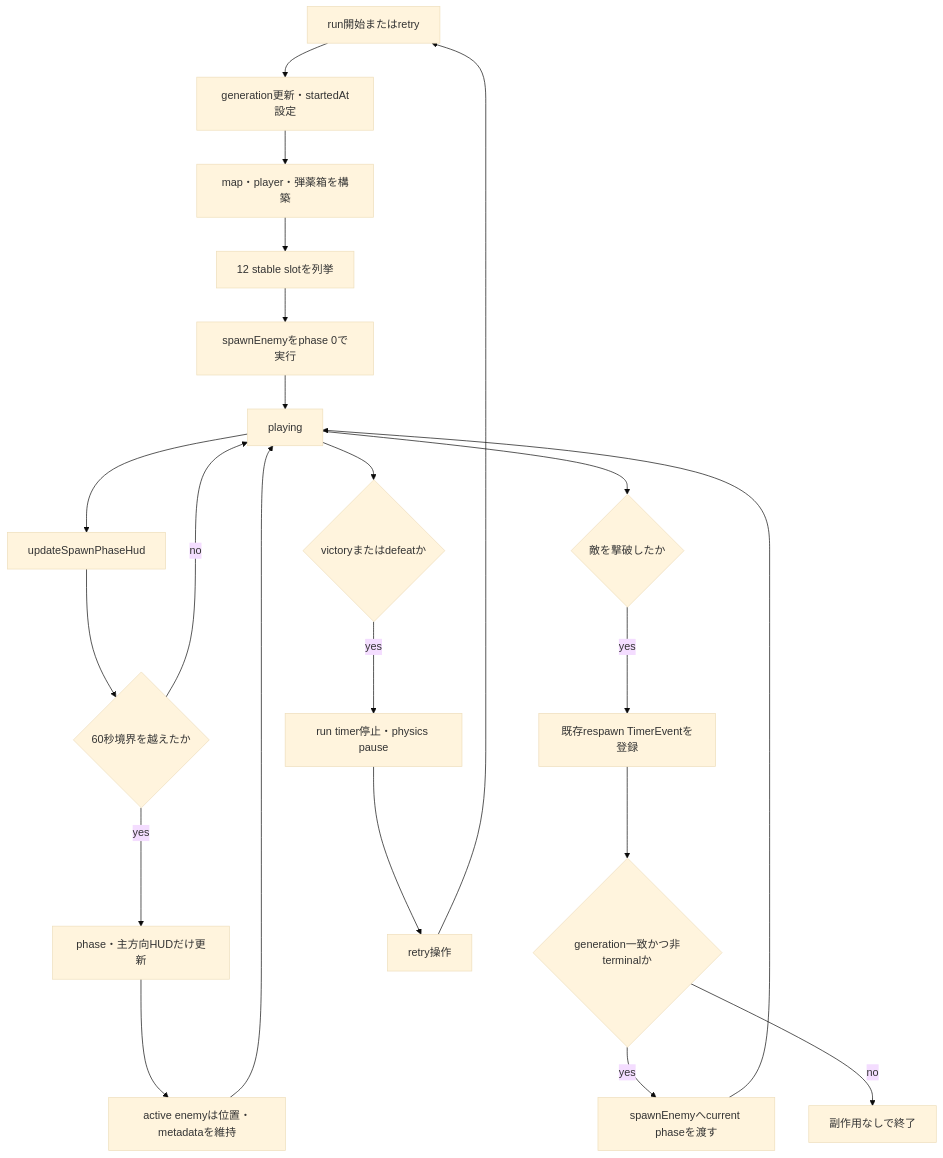
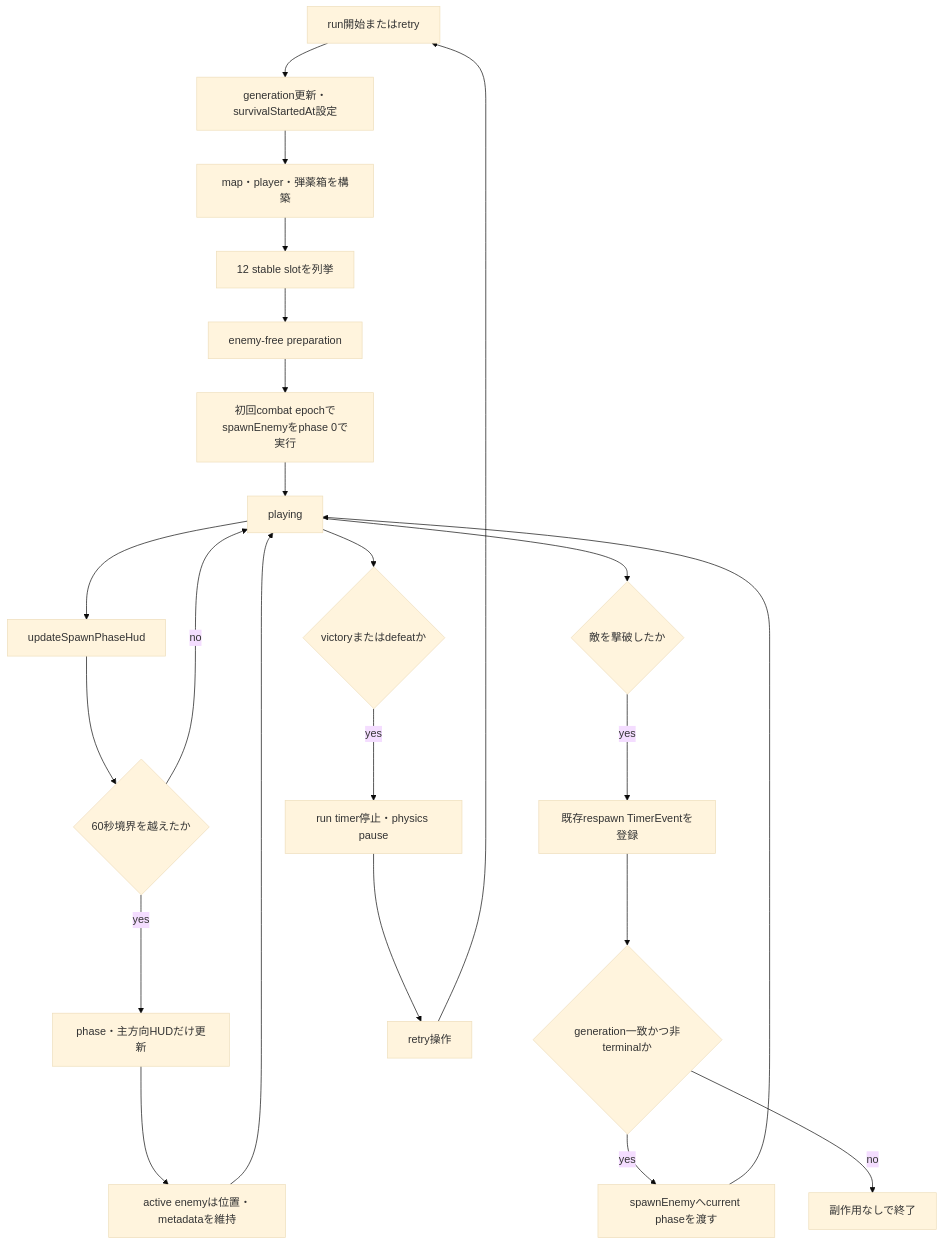
The first of 2 diagrams in docs/40_design/detail/directional-spawn-v1.md (WFrog2511/2d-coop-survival), drawn with Mermaid (base theme) before and after one commit. The commit also changed other lines of this file and 30 other files, not shown here.

````diff
--- a/docs/40_design/detail/directional-spawn-v1.md
+++ b/docs/40_design/detail/directional-spawn-v1.md
@@ -89,24 +89,25 @@
 ```mermaid
 flowchart TD
-  start["run開始またはretry"] --> reset["generation更新・startedAt設定"]
+  start["run開始またはretry"] --> reset["generation更新・survivalStartedAt設定"]
   reset --> map["map・player・弾薬箱を構築"]
   map --> slots["12 stable slotを列挙"]
-  slots --> spawn["spawnEnemyをphase 0で実行"]
+  slots --> preparation["enemy-free preparation"]
+  preparation --> spawn["初回combat epochでspawnEnemyをphase 0で実行"]
   spawn --> playing["playing"]
   playing --> update["updateSpawnPhaseHud"]
   update --> phase{"60秒境界を越えたか"}
   phase -->|yes| hud["phase・主方向HUDだけ更新"]
   phase -->|no| playing
   hud --> keep["active enemyは位置・metadataを維持"]
   keep --> playing
   playing --> defeatEnemy{"敵を撃破したか"}
   defeatEnemy -->|yes| respawnTimer["既存respawn TimerEventを登録"]
   respawnTimer --> guard{"generation一致かつ非terminalか"}
   guard -->|yes| current["spawnEnemyへcurrent phaseを渡す"]
   guard -->|no| discard["副作用なしで終了"]
   current --> playing
   playing --> terminal{"victoryまたはdefeatか"}
   terminal -->|yes| stop["run timer停止・physics pause"]
   stop --> retry["retry操作"]
   retry --> start
 ```
````
